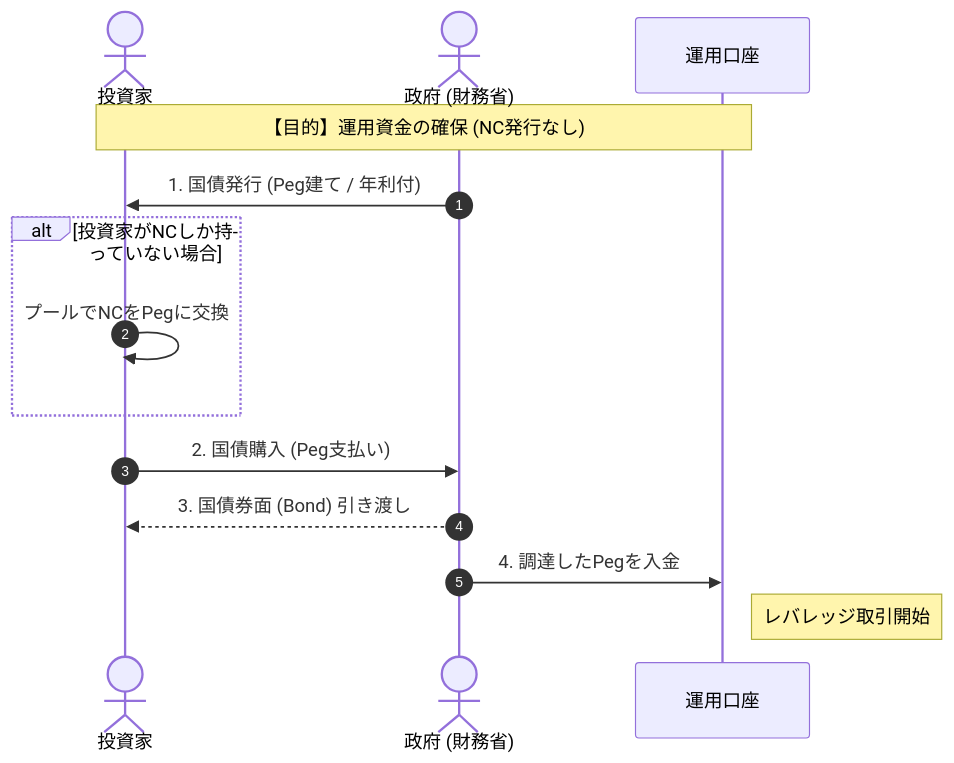
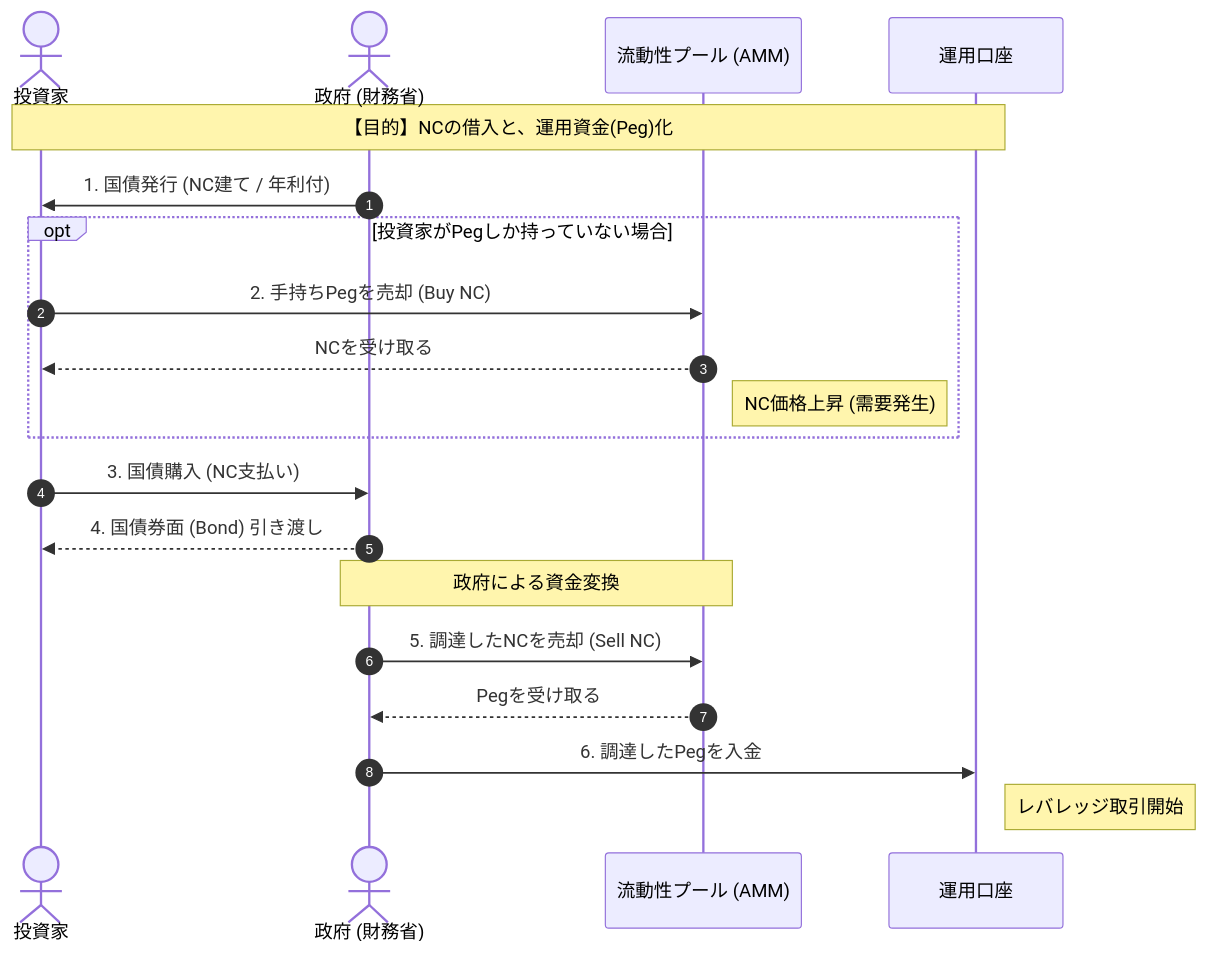
The second of 3 diagrams in MMOBank/Cash_flow_mermaid.md (h4ribote/share_doc), drawn with Mermaid before and after one commit. The commit also changed other lines of this file, not shown here.

````diff
--- a/MMOBank/Cash_flow_mermaid.md
+++ b/MMOBank/Cash_flow_mermaid.md
@@ -43,22 +40,30 @@
 ```mermaid
 sequenceDiagram
     autonumber
     actor Inv as 投資家
     actor Gov as 政府 (財務省)
+    participant Pool as 流動性プール (AMM)
     participant AC as 運用口座
     
-    Note over Inv, AC: 【目的】運用資金の確保 (NC発行なし)
+    Note over Inv, AC: 【目的】NCの借入と、運用資金(Peg)化
 
-    Gov->>Inv: 1. 国債発行 (Peg建て / 年利付)
+    Gov->>Inv: 1. 国債発行 (NC建て / 年利付)
     
-    alt 投資家がNCしか持っていない場合
-        Inv->>Inv: プールでNCをPegに交換
+    opt 投資家がPegしか持っていない場合
+        Inv->>Pool: 2. 手持ちPegを売却 (Buy NC)
+        Pool-->>Inv: NCを受け取る
+        Note right of Pool: NC価格上昇 (需要発生)
     end
 
-    Inv->>Gov: 2. 国債購入 (Peg支払い)
-    Gov-->>Inv: 3. 国債券面 (Bond) 引き渡し
+    Inv->>Gov: 3. 国債購入 (NC支払い)
+    Gov-->>Inv: 4. 国債券面 (Bond) 引き渡し
 
-    Gov->>AC: 4. 調達したPegを入金
+    Note over Gov, Pool: 政府による資金変換
+    Gov->>Pool: 5. 調達したNCを売却 (Sell NC)
+    Pool-->>Gov: Pegを受け取る
+    
+    Gov->>AC: 6. 調達したPegを入金
     Note right of AC: レバレッジ取引開始
 
+
 ```
````
